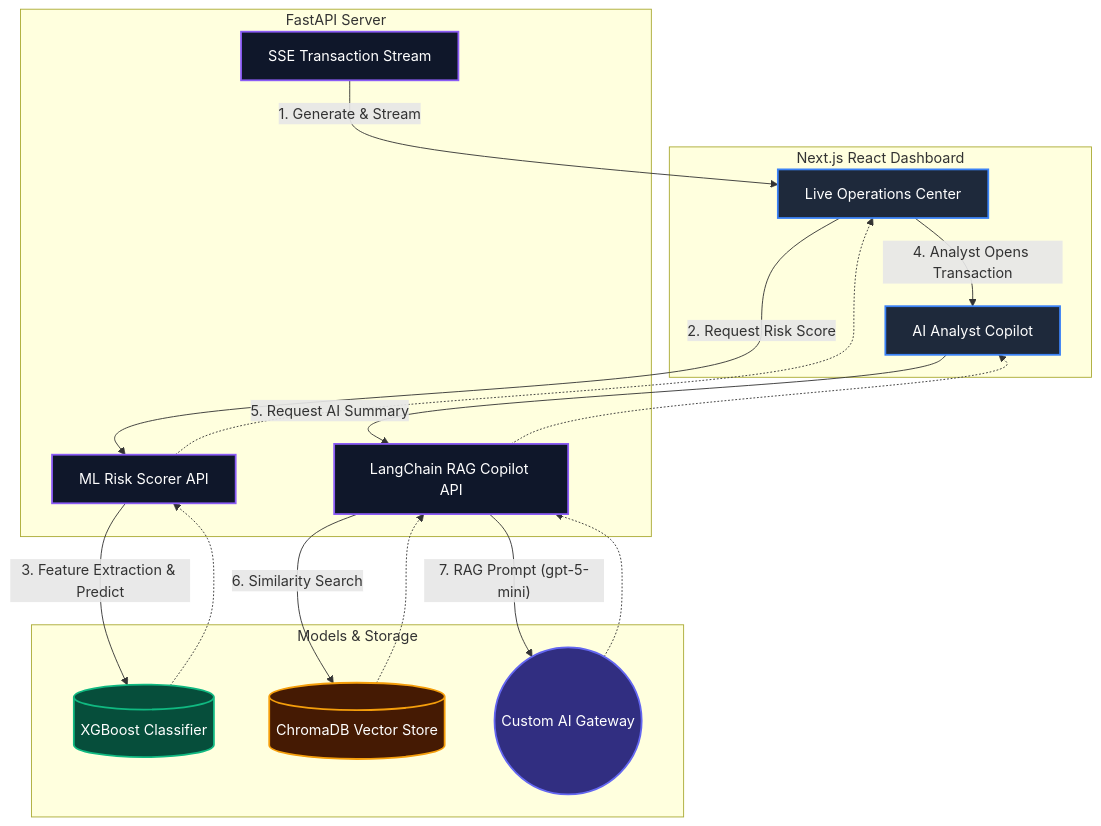
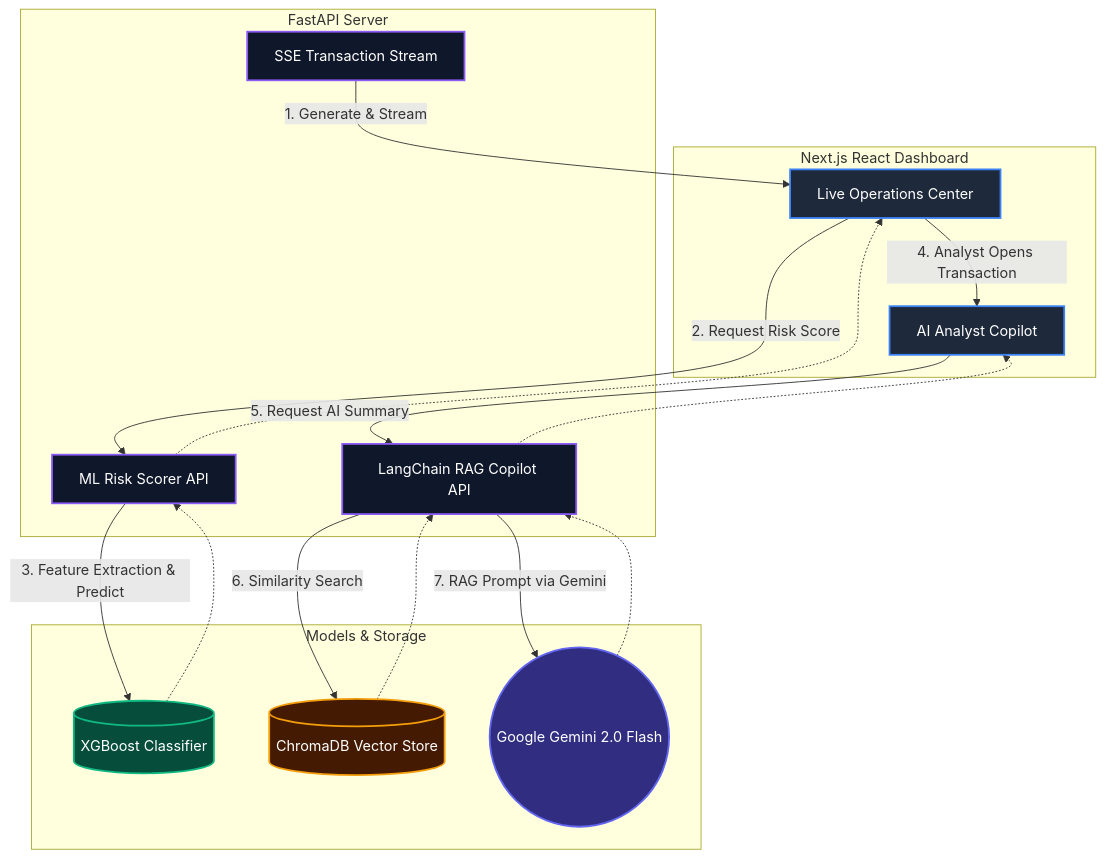
One commit to bhaskar552/ai-scam-shield changed the diagram in README.md. Above: the diagram before and after it, drawn with Mermaid. The commit also changed other lines of this file and 6 other files, not shown here.

Commit message:
revert: switch back to Google Gemini from OpenAI

````diff
--- a/README.md
+++ b/README.md
@@ -11,41 +11,41 @@
 ```mermaid
 graph TD
     %% Define Styles
     classDef client fill:#1e293b,stroke:#3b82f6,stroke-width:2px,color:#fff
     classDef api fill:#0f172a,stroke:#8b5cf6,stroke-width:2px,color:#fff
     classDef ml fill:#064e3b,stroke:#10b981,stroke-width:2px,color:#fff
     classDef ai fill:#312e81,stroke:#6366f1,stroke-width:2px,color:#fff
     classDef db fill:#451a03,stroke:#f59e0b,stroke-width:2px,color:#fff
 
-    subgraph Frontend [Next.js React Dashboard]
-        UI[Live Operations Center]:::client
-        CopilotUI[AI Analyst Copilot]:::client
+    subgraph Frontend ["Next.js React Dashboard"]
+        UI["Live Operations Center"]:::client
+        CopilotUI["AI Analyst Copilot"]:::client
     end
 
-    subgraph Backend [FastAPI Server]
-        Stream[SSE Transaction Stream]:::api
-        Risk[ML Risk Scorer API]:::api
-        Copilot[LangChain RAG Copilot API]:::api
+    subgraph Backend ["FastAPI Server"]
+        Stream["SSE Transaction Stream"]:::api
+        Risk["ML Risk Scorer API"]:::api
+        Copilot["LangChain RAG Copilot API"]:::api
     end
 
-    subgraph Intelligence [Models & Storage]
-        XGBoost[(XGBoost Classifier)]:::ml
-        Chroma[(ChromaDB Vector Store)]:::db
-        Gateway((Custom AI Gateway)):::ai
+    subgraph Intelligence ["Models & Storage"]
+        XGBoost[("XGBoost Classifier")]:::ml
+        Chroma[("ChromaDB Vector Store")]:::db
+        Gemini(("Google Gemini 2.0 Flash")):::ai
     end
 
     %% Flow
-    Stream -- 1. Generate & Stream --> UI
-    UI -- 2. Request Risk Score --> Risk
-    Risk -- 3. Feature Extraction & Predict --> XGBoost
+    Stream -- "1. Generate & Stream" --> UI
+    UI -- "2. Request Risk Score" --> Risk
+    Risk -- "3. Feature Extraction & Predict" --> XGBoost
     XGBoost -.-> Risk
     Risk -.-> UI
     
-    UI -- 4. Analyst Opens Transaction --> CopilotUI
-    CopilotUI -- 5. Request AI Summary --> Copilot
-    Copilot -- 6. Similarity Search --> Chroma
+    UI -- "4. Analyst Opens Transaction" --> CopilotUI
+    CopilotUI -- "5. Request AI Summary" --> Copilot
+    Copilot -- "6. Similarity Search" --> Chroma
     Chroma -.-> Copilot
-    Copilot -- 7. RAG Prompt (gpt-5-mini) --> Gateway
-    Gateway -.-> Copilot
+    Copilot -- "7. RAG Prompt via Gemini" --> Gemini
+    Gemini -.-> Copilot
     Copilot -.-> CopilotUI
 ```
````
